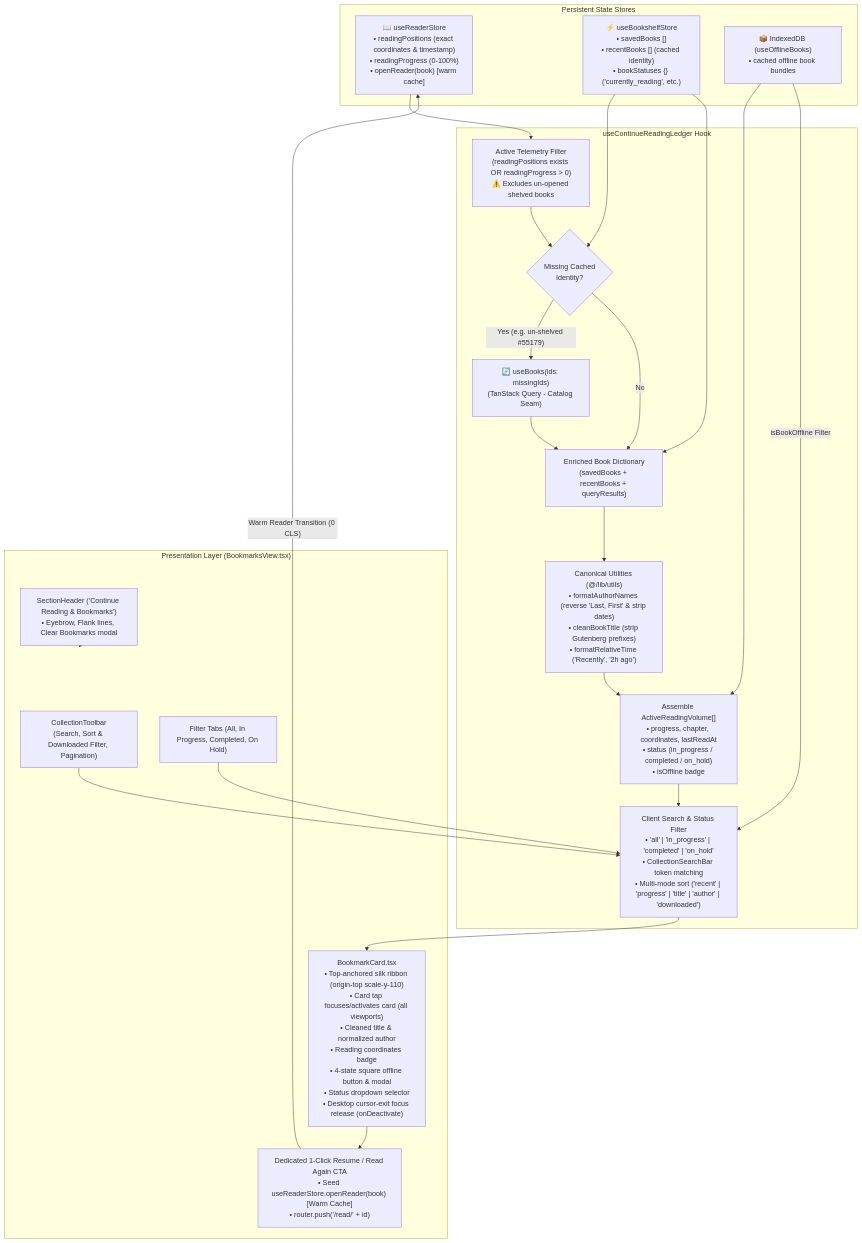
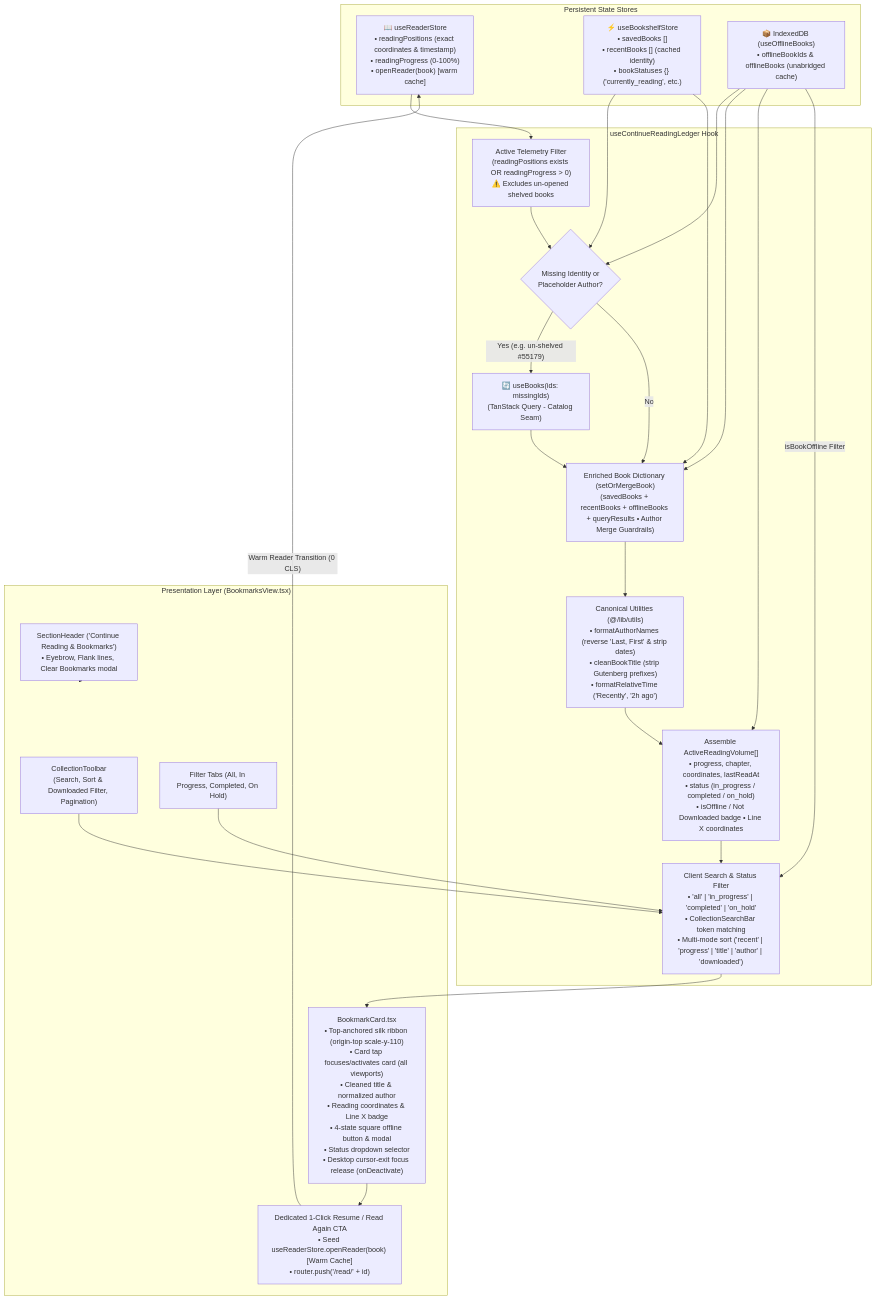
The third of 3 diagrams in README.md (calin-m/Bookarium), drawn with Mermaid before and after one commit. The commit also changed other lines of this file and 103 other files, not shown here.

First line of the commit message:
feat(offline): implement end-to-end offline resilience, mirror prioritization, and author self-healing (ADR-069, ADR-070)

````diff
--- a/README.md
+++ b/README.md
@@ -464,45 +470,47 @@
 ```mermaid
 flowchart TD
     subgraph Storage ["Persistent State Stores"]
         RS["📖 useReaderStore\n• readingPositions (exact coordinates & timestamp)\n• readingProgress (0-100%)\n• openReader(book) [warm cache]"]
         BS["⚡ useBookshelfStore\n• savedBooks []\n• recentBooks [] (cached identity)\n• bookStatuses {} ('currently_reading', etc.)"]
-        IDB["📦 IndexedDB (useOfflineBooks)\n• cached offline book bundles"]
+        IDB["📦 IndexedDB (useOfflineBooks)\n• offlineBookIds & offlineBooks (unabridged cache)"]
     end
 
     subgraph LedgerHook ["useContinueReadingLedger Hook"]
         FilterActive["Active Telemetry Filter\n(readingPositions exists OR readingProgress > 0)\n⚠️ Excludes un-opened shelved books"]
-        MissingCheck{"Missing Cached\nIdentity?"}
+        MissingCheck{"Missing Identity or\nPlaceholder Author?"}
         QueryMissing["🔄 useBooks(ids: missingIds)\n(TanStack Query - Catalog Seam)"]
-        EnrichDict["Enriched Book Dictionary\n(savedBooks + recentBooks + queryResults)"]
+        EnrichDict["Enriched Book Dictionary (setOrMergeBook)\n(savedBooks + recentBooks + offlineBooks + queryResults • Author Merge Guardrails)"]
         Parser["Canonical Utilities (@/lib/utils)\n• formatAuthorNames (reverse 'Last, First' & strip dates)\n• cleanBookTitle (strip Gutenberg prefixes)\n• formatRelativeTime ('Recently', '2h ago')"]
-        Assembly["Assemble ActiveReadingVolume[]\n• progress, chapter, coordinates, lastReadAt\n• status (in_progress / completed / on_hold)\n• isOffline badge"]
+        Assembly["Assemble ActiveReadingVolume[]\n• progress, chapter, coordinates, lastReadAt\n• status (in_progress / completed / on_hold)\n• isOffline / Not Downloaded badge • Line X coordinates"]
         FilterSort["Client Search & Status Filter\n• 'all' | 'in_progress' | 'completed' | 'on_hold'\n• CollectionSearchBar token matching\n• Multi-mode sort ('recent' | 'progress' | 'title' | 'author' | 'downloaded')"]
     end
 
     subgraph UI ["Presentation Layer (BookmarksView.tsx)"]
         Header["SectionHeader ('Continue Reading & Bookmarks')\n• Eyebrow, Flank lines, Clear Bookmarks modal"]
         Search["CollectionToolbar\n(Search, Sort & Downloaded Filter, Pagination)"]
         Tabs["Filter Tabs (All, In Progress, Completed, On Hold)"]
-        Cards["BookmarkCard.tsx\n• Top-anchored silk ribbon (origin-top scale-y-110)\n• Card tap focuses/activates card (all viewports)\n• Cleaned title & normalized author\n• Reading coordinates badge\n• 4-state square offline button & modal\n• Status dropdown selector\n• Desktop cursor-exit focus release (onDeactivate)"]
+        Cards["BookmarkCard.tsx\n• Top-anchored silk ribbon (origin-top scale-y-110)\n• Card tap focuses/activates card (all viewports)\n• Cleaned title & normalized author\n• Reading coordinates & Line X badge\n• 4-state square offline button & modal\n• Status dropdown selector\n• Desktop cursor-exit focus release (onDeactivate)"]
         ResumeAction["Dedicated 1-Click Resume / Read Again CTA\n• Seed useReaderStore.openReader(book) [Warm Cache]\n• router.push('/read/' + id)"]
     end
 
     RS --> FilterActive
     FilterActive --> MissingCheck
     BS --> MissingCheck
+    IDB --> MissingCheck
     MissingCheck -->|"Yes (e.g. un-shelved #55179)"| QueryMissing
     QueryMissing --> EnrichDict
     MissingCheck -->|"No"| EnrichDict
     BS --> EnrichDict
+    IDB --> EnrichDict
     EnrichDict --> Parser
     Parser --> Assembly
     IDB --> Assembly
     IDB -->|"isBookOffline Filter"| FilterSort
     Assembly --> FilterSort
     FilterSort --> Cards
     Header --> UI
     Search --> FilterSort
     Tabs --> FilterSort
     Cards --> ResumeAction
     ResumeAction -->|"Warm Reader Transition (0 CLS)"| RS
 ```
````
